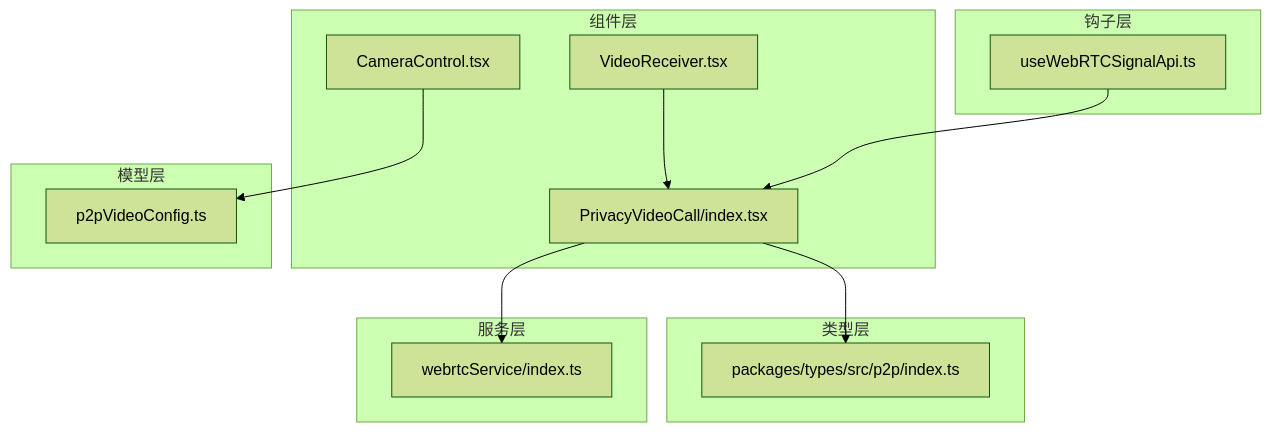
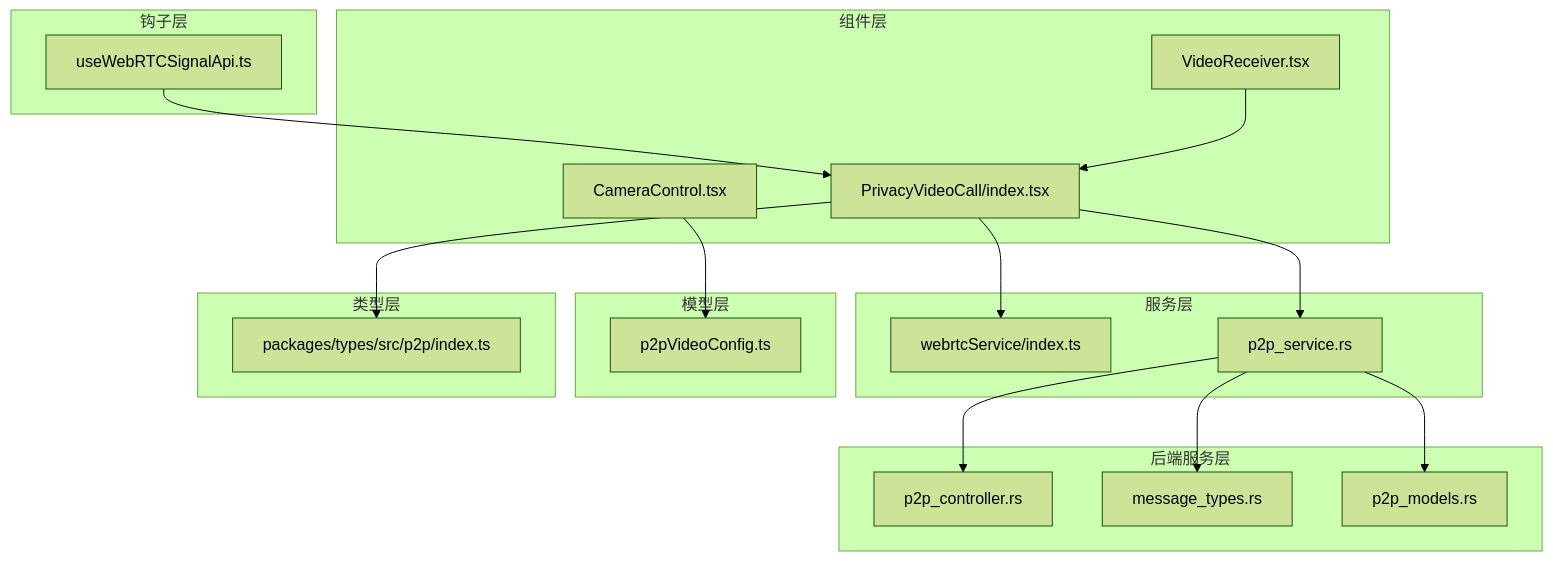
One commit to nicolastinger/only-talk-app changed the first of 8 diagrams in .qoder/repowiki/zh/content/UI组件库/媒体组件.md. Above: the diagram before and after it, drawn with Mermaid (forest theme). The commit also changed other lines of this file and 12 other files, not shown here.

````diff
--- a/.qoder/repowiki/zh/content/UI组件库/媒体组件.md
+++ b/.qoder/repowiki/zh/content/UI组件库/媒体组件.md
@@ -49,25 +63,35 @@
 ```mermaid
 graph TB
 subgraph "组件层"
 CC["CameraControl.tsx"]
 VR["VideoReceiver.tsx"]
 PVC["PrivacyVideoCall/index.tsx"]
 end
 subgraph "服务层"
 WRS["webrtcService/index.ts"]
+P2PS["p2p_service.rs"]
 end
 subgraph "钩子层"
 UWSA["useWebRTCSignalApi.ts"]
 end
 subgraph "模型层"
 P2PVC["p2pVideoConfig.ts"]
 end
 subgraph "类型层"
 TYPES_P2P["packages/types/src/p2p/index.ts"]
 end
+subgraph "后端服务层"
+P2PCTRL["p2p_controller.rs"]
+MSGTYPE["message_types.rs"]
+P2PMODEL["p2p_models.rs"]
+end
 CC --> P2PVC
 PVC --> WRS
 PVC --> TYPES_P2P
+PVC --> P2PS
 UWSA --> PVC
 VR --> PVC
+P2PS --> P2PCTRL
+P2PS --> MSGTYPE
+P2PS --> P2PMODEL
 ```
````
